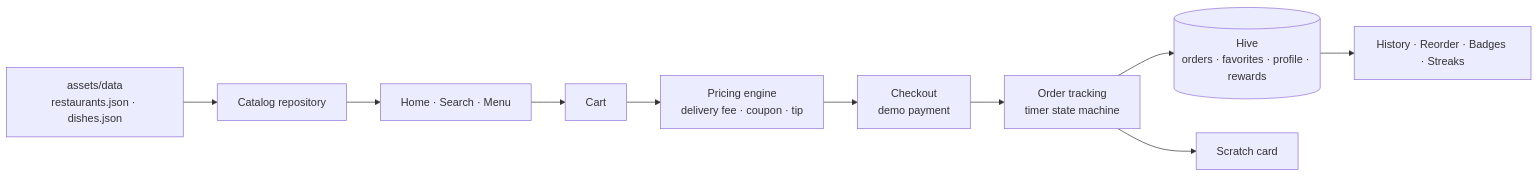
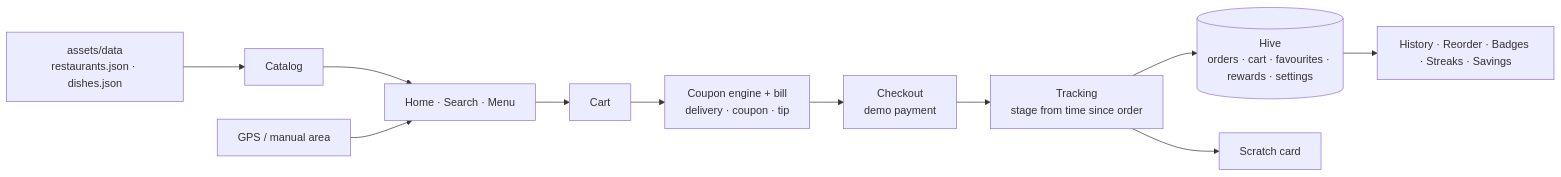
Before and after one commit to chiragparamesh/not_delivered: the diagram in README.md, drawn with Mermaid. The commit also changed other lines of this file and 156 other files, not shown here.

````diff
--- a/README.md
+++ b/README.md
@@ -48,12 +49,13 @@
 ```mermaid
 flowchart LR
-    J[assets/data<br/>restaurants.json · dishes.json] --> R[Catalog repository]
+    J[assets/data<br/>restaurants.json · dishes.json] --> R[Catalog]
     R --> H[Home · Search · Menu]
     H --> C[Cart]
-    C --> P[Pricing engine<br/>delivery fee · coupon · tip]
+    C --> P[Coupon engine + bill<br/>delivery · coupon · tip]
     P --> K[Checkout<br/>demo payment]
-    K --> T[Order tracking<br/>timer state machine]
-    T --> O[(Hive<br/>orders · favorites · profile · rewards)]
-    O --> X[History · Reorder · Badges · Streaks]
+    K --> T[Tracking<br/>stage from time since order]
+    T --> O[(Hive<br/>orders · cart · favourites · rewards · settings)]
+    O --> X[History · Reorder · Badges · Streaks · Savings]
     T --> S[Scratch card]
+    G[GPS / manual area] --> H
 ```
````
